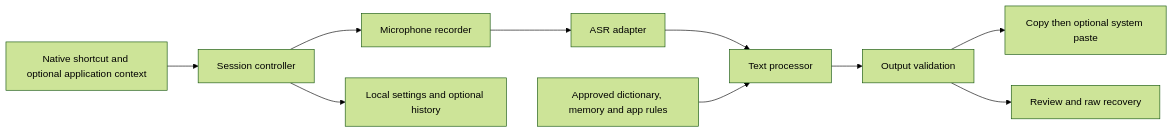
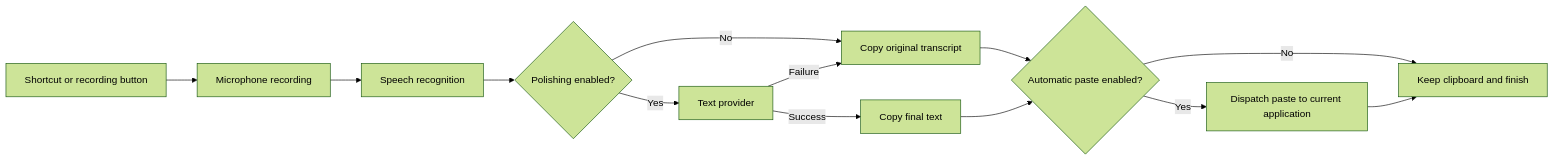
The diagram in docs/PROPOSAL.md (gaojunbin/Typeless), drawn with Mermaid (forest theme) before and after one commit. The commit also changed other lines of this file and 62 other files, not shown here.

````diff
--- a/docs/PROPOSAL.md
+++ b/docs/PROPOSAL.md
@@ -64,12 +31,15 @@
 ```mermaid
 flowchart LR
-  H[Native shortcut and optional application context] --> C[Session controller]
-  C --> R[Microphone recorder]
-  R --> A[ASR adapter]
-  A --> P[Text processor]
-  D[Approved dictionary, memory and app rules] --> P
-  P --> V[Output validation]
-  V --> I[Copy then optional system paste]
-  V --> U[Review and raw recovery]
-  C --> S[Local settings and optional history]
+  S[Shortcut or recording button] --> R[Microphone recording]
+  R --> A[Speech recognition]
+  A --> P{Polishing enabled?}
+  P -->|No| C[Copy original transcript]
+  P -->|Yes| T[Text provider]
+  T -->|Success| F[Copy final text]
+  T -->|Failure| C
+  C --> D{Automatic paste enabled?}
+  F --> D
+  D -->|Yes| I[Dispatch paste to current application]
+  D -->|No| E[Keep clipboard and finish]
+  I --> E
 ```
````
